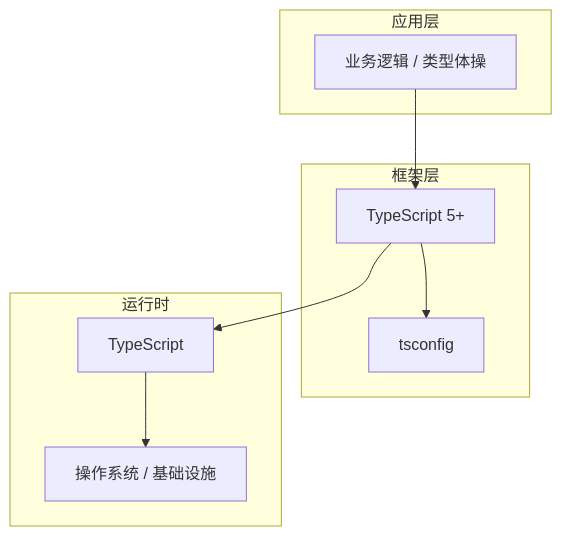
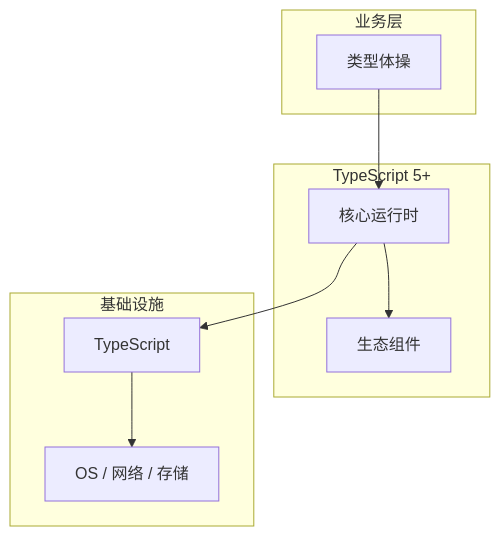
Before and after one commit to yanggan2015/knowledge-json-v2: the diagram in articles/TypeScript/chapters/083-类型体操核心概念与原理.md, drawn with Mermaid. The commit also changed other lines of this file and 10127 other files, not shown here.

````diff
--- a/articles/TypeScript/chapters/083-类型体操核心概念与原理.md
+++ b/articles/TypeScript/chapters/083-类型体操核心概念与原理.md
@@ -45,18 +34,18 @@
 ```mermaid
 graph TB
-    subgraph 应用层
-        A[业务逻辑 / 类型体操]
+    subgraph 业务层
+        A[类型体操]
     end
-    subgraph 框架层
-        B[TypeScript 5+]
-        C[tsconfig]
+    subgraph TypeScript 5+
+        B[核心运行时]
+        C[生态组件]
     end
-    subgraph 运行时
+    subgraph 基础设施
         D[TypeScript]
-        E[操作系统 / 基础设施]
+        E[OS / 网络 / 存储]
     end
     A --> B
     B --> C
     B --> D
     D --> E
 ```
````
